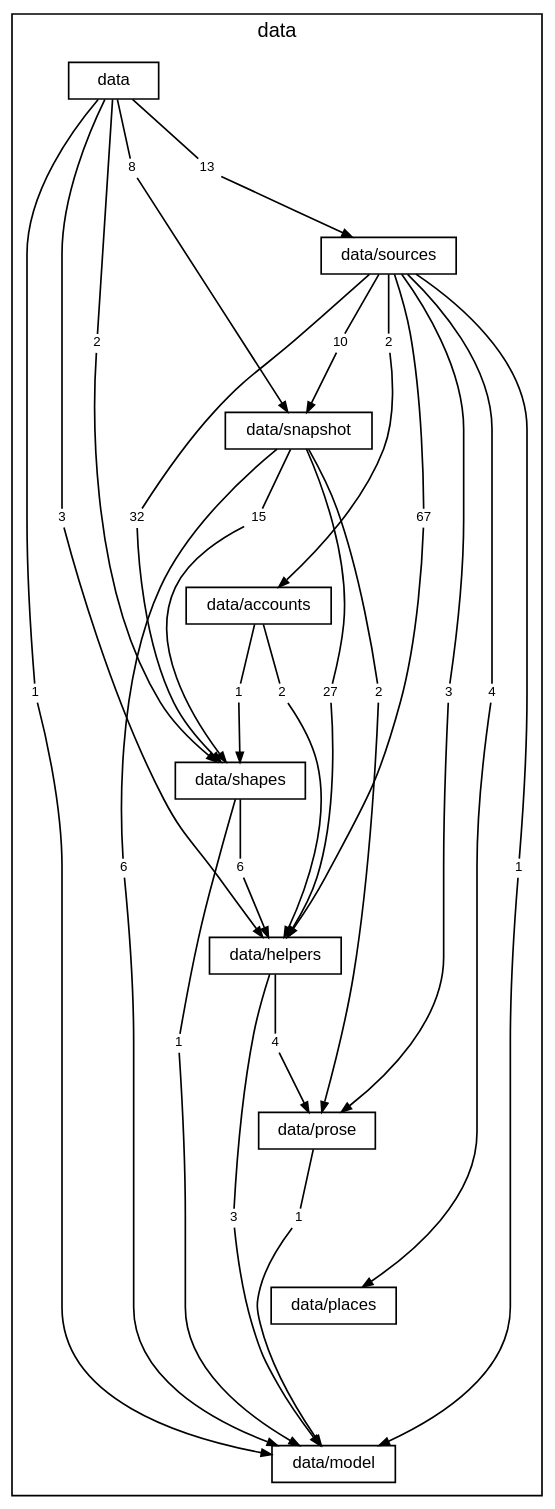
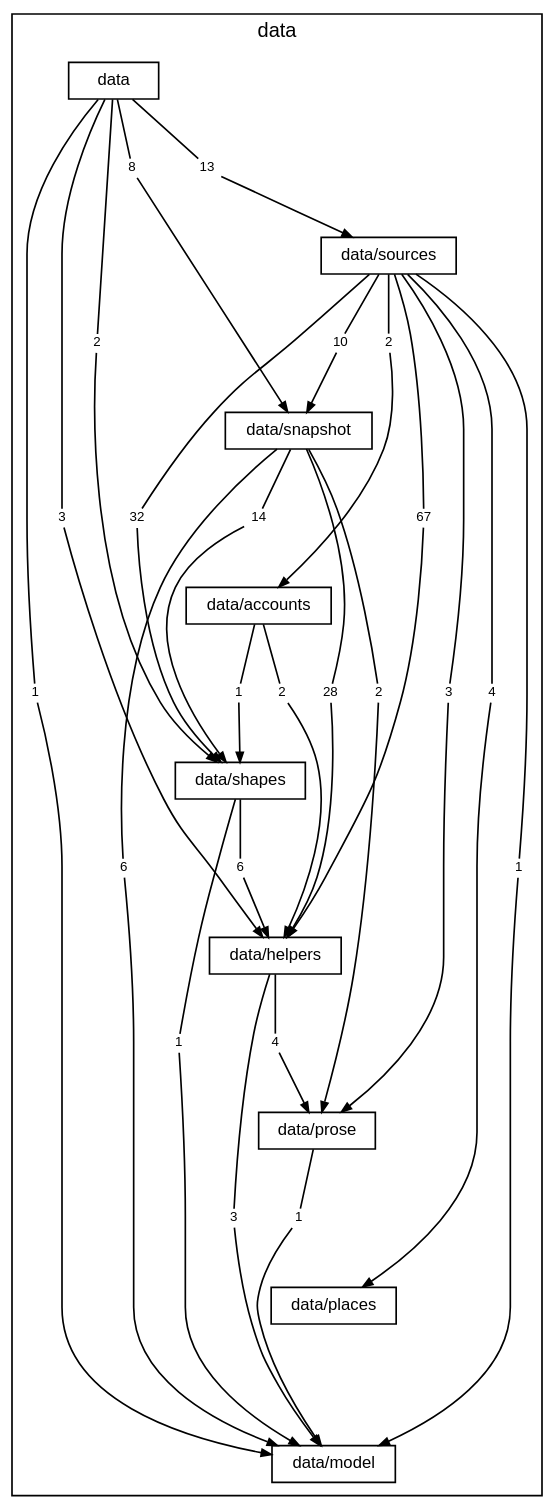
Before and after one commit to TheAxeC/oculus: the diagram in docs/diagrams/layer-data.dot, drawn with Graphviz. The commit also changed 73 other files, not shown here.

```diff
--- a/docs/diagrams/layer-data.dot
+++ b/docs/diagrams/layer-data.dot
@@ -1,94 +1,94 @@
 digraph layer_data {
     graph [bgcolor="transparent", rankdir=TB, newrank=true, mclimit=4, fontname="Helvetica", fontsize=12, nodesep=0.2, ranksep=0.5];
     node [shape=box, color="black", fontcolor="black", fontname="Helvetica", fontsize=10, height=0.3, margin="0.12,0.04"];
     edge [color="black", fontcolor="black", fontname="Helvetica", fontsize=8, arrowsize=0.6];
     subgraph "cluster_data" {
         label="data"; style=solid;
         "folder data" [label="data"];
         "folder data/sources" [label="data/sources"];
         "folder data/snapshot" [label="data/snapshot"];
         "folder data/accounts" [label="data/accounts"];
         "folder data/shapes" [label="data/shapes"];
         "folder data/helpers" [label="data/helpers"];
         "folder data/prose" [label="data/prose"];
         "folder data/places" [label="data/places"];
         "folder data/model" [label="data/model"];
         "folder data to folder data/helpers" [label="3", shape=box, color="transparent", fontsize=8, width=0, height=0, margin="0.04,0.02"];
         "folder data to folder data/model" [label="1", shape=box, color="transparent", fontsize=8, width=0, height=0, margin="0.04,0.02"];
         "folder data to folder data/shapes" [label="2", shape=box, color="transparent", fontsize=8, width=0, height=0, margin="0.04,0.02"];
         "folder data to folder data/snapshot" [label="8", shape=box, color="transparent", fontsize=8, width=0, height=0, margin="0.04,0.02"];
         "folder data to folder data/sources" [label="13", shape=box, color="transparent", fontsize=8, width=0, height=0, margin="0.04,0.02"];
         "folder data/sources to folder data/accounts" [label="2", shape=box, color="transparent", fontsize=8, width=0, height=0, margin="0.04,0.02"];
         "folder data/sources to folder data/helpers" [label="67", shape=box, color="transparent", fontsize=8, width=0, height=0, margin="0.04,0.02"];
         "folder data/sources to folder data/model" [label="1", shape=box, color="transparent", fontsize=8, width=0, height=0, margin="0.04,0.02"];
         "folder data/sources to folder data/places" [label="4", shape=box, color="transparent", fontsize=8, width=0, height=0, margin="0.04,0.02"];
         "folder data/sources to folder data/prose" [label="3", shape=box, color="transparent", fontsize=8, width=0, height=0, margin="0.04,0.02"];
         "folder data/sources to folder data/shapes" [label="32", shape=box, color="transparent", fontsize=8, width=0, height=0, margin="0.04,0.02"];
         "folder data/sources to folder data/snapshot" [label="10", shape=box, color="transparent", fontsize=8, width=0, height=0, margin="0.04,0.02"];
-        "folder data/snapshot to folder data/helpers" [label="27", shape=box, color="transparent", fontsize=8, width=0, height=0, margin="0.04,0.02"];
+        "folder data/snapshot to folder data/helpers" [label="28", shape=box, color="transparent", fontsize=8, width=0, height=0, margin="0.04,0.02"];
         "folder data/snapshot to folder data/model" [label="6", shape=box, color="transparent", fontsize=8, width=0, height=0, margin="0.04,0.02"];
         "folder data/snapshot to folder data/prose" [label="2", shape=box, color="transparent", fontsize=8, width=0, height=0, margin="0.04,0.02"];
-        "folder data/snapshot to folder data/shapes" [label="15", shape=box, color="transparent", fontsize=8, width=0, height=0, margin="0.04,0.02"];
+        "folder data/snapshot to folder data/shapes" [label="14", shape=box, color="transparent", fontsize=8, width=0, height=0, margin="0.04,0.02"];
         "folder data/accounts to folder data/helpers" [label="2", shape=box, color="transparent", fontsize=8, width=0, height=0, margin="0.04,0.02"];
         "folder data/accounts to folder data/shapes" [label="1", shape=box, color="transparent", fontsize=8, width=0, height=0, margin="0.04,0.02"];
         "folder data/shapes to folder data/helpers" [label="6", shape=box, color="transparent", fontsize=8, width=0, height=0, margin="0.04,0.02"];
         "folder data/shapes to folder data/model" [label="1", shape=box, color="transparent", fontsize=8, width=0, height=0, margin="0.04,0.02"];
         "folder data/helpers to folder data/model" [label="3", shape=box, color="transparent", fontsize=8, width=0, height=0, margin="0.04,0.02"];
         "folder data/helpers to folder data/prose" [label="4", shape=box, color="transparent", fontsize=8, width=0, height=0, margin="0.04,0.02"];
         "folder data/prose to folder data/model" [label="1", shape=box, color="transparent", fontsize=8, width=0, height=0, margin="0.04,0.02"];
     }
     "folder data" -> "folder data/sources" [style=invis, weight=10, minlen=2];
     "folder data/sources" -> "folder data/snapshot" [style=invis, weight=10, minlen=2];
     "folder data/snapshot" -> "folder data/accounts" [style=invis, weight=10, minlen=2];
     "folder data/accounts" -> "folder data/shapes" [style=invis, weight=10, minlen=2];
     "folder data/shapes" -> "folder data/helpers" [style=invis, weight=10, minlen=2];
     "folder data/helpers" -> "folder data/prose" [style=invis, weight=10, minlen=2];
     "folder data/prose" -> "folder data/places" [style=invis, weight=10, minlen=2];
     "folder data/places" -> "folder data/model" [style=invis, weight=10, minlen=2];
     "folder data" -> "folder data to folder data/helpers" [arrowhead=none, minlen=5, weight=10];
     "folder data to folder data/helpers" -> "folder data/helpers" [];
     "folder data" -> "folder data to folder data/model" [arrowhead=none, minlen=7, weight=10];
     "folder data to folder data/model" -> "folder data/model" [];
     "folder data" -> "folder data to folder data/shapes" [arrowhead=none, minlen=3, weight=10];
     "folder data to folder data/shapes" -> "folder data/shapes" [];
     "folder data" -> "folder data to folder data/snapshot" [arrowhead=none, minlen=1, weight=10];
     "folder data to folder data/snapshot" -> "folder data/snapshot" [];
     "folder data" -> "folder data to folder data/sources" [arrowhead=none, minlen=1, weight=10];
     "folder data to folder data/sources" -> "folder data/sources" [];
     "folder data/sources" -> "folder data/sources to folder data/accounts" [arrowhead=none, minlen=1, weight=10];
     "folder data/sources to folder data/accounts" -> "folder data/accounts" [];
     "folder data/sources" -> "folder data/sources to folder data/helpers" [arrowhead=none, minlen=3, weight=10];
     "folder data/sources to folder data/helpers" -> "folder data/helpers" [];
     "folder data/sources" -> "folder data/sources to folder data/model" [arrowhead=none, minlen=7, weight=10];
     "folder data/sources to folder data/model" -> "folder data/model" [];
     "folder data/sources" -> "folder data/sources to folder data/places" [arrowhead=none, minlen=5, weight=10];
     "folder data/sources to folder data/places" -> "folder data/places" [];
     "folder data/sources" -> "folder data/sources to folder data/prose" [arrowhead=none, minlen=5, weight=10];
     "folder data/sources to folder data/prose" -> "folder data/prose" [];
     "folder data/sources" -> "folder data/sources to folder data/shapes" [arrowhead=none, minlen=3, weight=10];
     "folder data/sources to folder data/shapes" -> "folder data/shapes" [];
     "folder data/sources" -> "folder data/sources to folder data/snapshot" [arrowhead=none, minlen=1, weight=10];
     "folder data/sources to folder data/snapshot" -> "folder data/snapshot" [];
     "folder data/snapshot" -> "folder data/snapshot to folder data/helpers" [arrowhead=none, minlen=3, weight=10];
     "folder data/snapshot to folder data/helpers" -> "folder data/helpers" [];
     "folder data/snapshot" -> "folder data/snapshot to folder data/model" [arrowhead=none, minlen=5, weight=10];
     "folder data/snapshot to folder data/model" -> "folder data/model" [];
     "folder data/snapshot" -> "folder data/snapshot to folder data/prose" [arrowhead=none, minlen=3, weight=10];
     "folder data/snapshot to folder data/prose" -> "folder data/prose" [];
     "folder data/snapshot" -> "folder data/snapshot to folder data/shapes" [arrowhead=none, minlen=1, weight=10];
     "folder data/snapshot to folder data/shapes" -> "folder data/shapes" [];
     "folder data/accounts" -> "folder data/accounts to folder data/helpers" [arrowhead=none, minlen=1, weight=10];
     "folder data/accounts to folder data/helpers" -> "folder data/helpers" [];
     "folder data/accounts" -> "folder data/accounts to folder data/shapes" [arrowhead=none, minlen=1, weight=10];
     "folder data/accounts to folder data/shapes" -> "folder data/shapes" [];
     "folder data/shapes" -> "folder data/shapes to folder data/helpers" [arrowhead=none, minlen=1, weight=10];
     "folder data/shapes to folder data/helpers" -> "folder data/helpers" [];
     "folder data/shapes" -> "folder data/shapes to folder data/model" [arrowhead=none, minlen=3, weight=10];
     "folder data/shapes to folder data/model" -> "folder data/model" [];
     "folder data/helpers" -> "folder data/helpers to folder data/model" [arrowhead=none, minlen=3, weight=10];
     "folder data/helpers to folder data/model" -> "folder data/model" [];
     "folder data/helpers" -> "folder data/helpers to folder data/prose" [arrowhead=none, minlen=1, weight=10];
     "folder data/helpers to folder data/prose" -> "folder data/prose" [];
     "folder data/prose" -> "folder data/prose to folder data/model" [arrowhead=none, minlen=1, weight=10];
     "folder data/prose to folder data/model" -> "folder data/model" [];
 }
```
